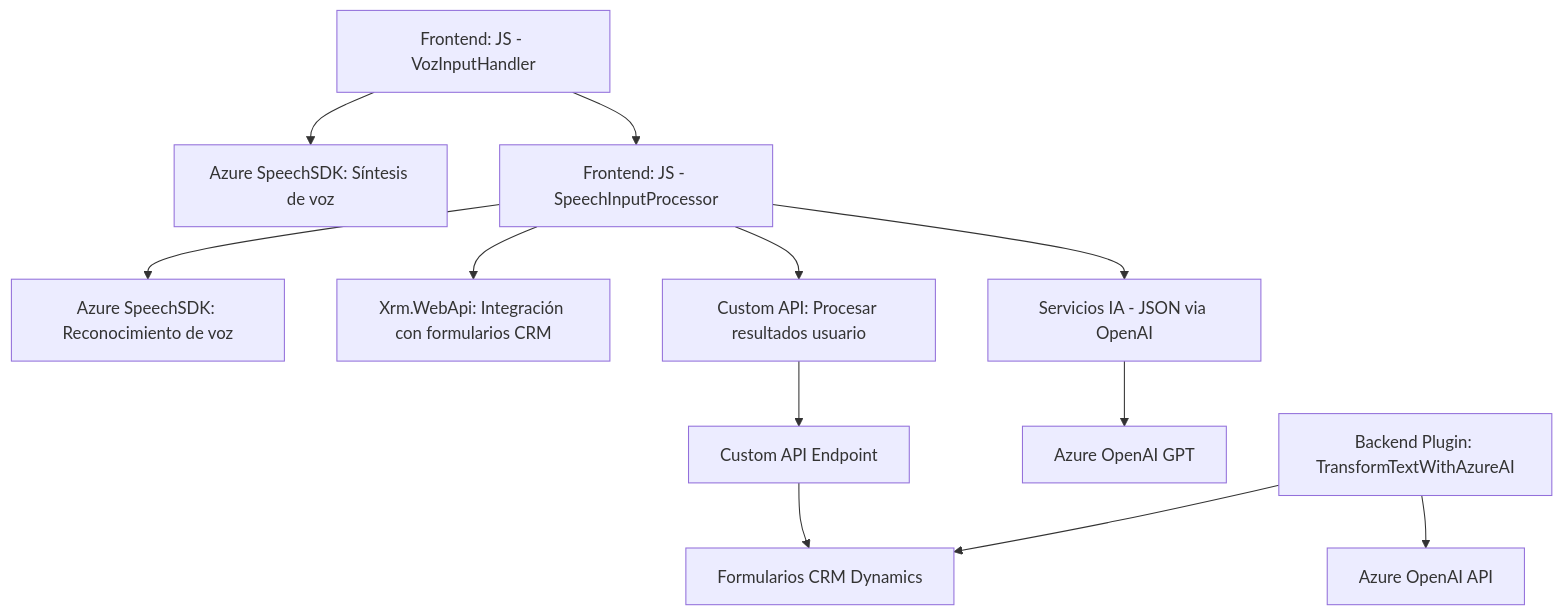
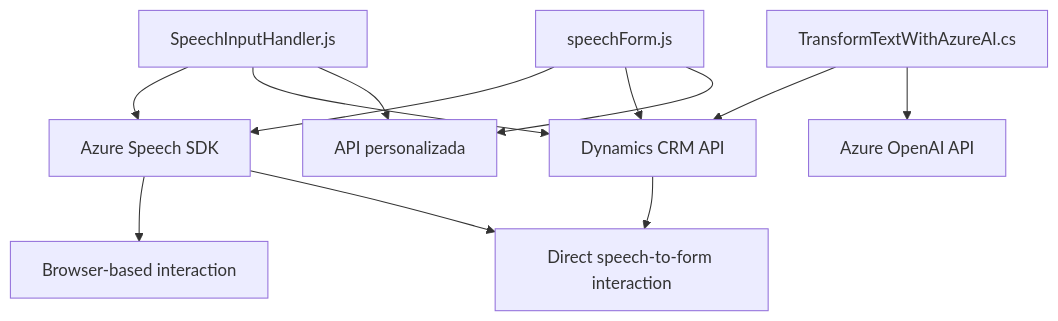
Before and after one commit to blopezdm/NETCORE_BILBAO2025: the diagram in README.md, drawn with Mermaid. The commit also changed other lines of this file, not shown here.

Commit message:
Actualizar análisis global de la solución con IA

````diff
--- a/README.md
+++ b/README.md
@@ -40,14 +46,14 @@
 ```mermaid
 graph TD
-    A["Frontend: JS - VozInputHandler"] --> B["Azure SpeechSDK: Síntesis de voz"]
-    A --> C["Frontend: JS - SpeechInputProcessor"]
-    C --> D["Azure SpeechSDK: Reconocimiento de voz"]
-    C --> E["Xrm.WebApi: Integración con formularios CRM"]
-    C --> F["Custom API: Procesar resultados usuario"]
-    C --> J["Servicios IA - JSON via OpenAI"]
-    F --> G["Custom API Endpoint"]
-    J --> H["Azure OpenAI GPT"]
-    G --> I["Formularios CRM Dynamics"]
-    K["Backend Plugin: TransformTextWithAzureAI"] --> L["Azure OpenAI API"]
-    K --> I
+    SpeechInputHandlerJS["SpeechInputHandler.js"] --> AzureSpeechSDK["Azure Speech SDK"]
+    SpeechInputHandlerJS --> DynamicsAPI["Dynamics CRM API"]
+    SpeechInputHandlerJS --> CustomAPI["API personalizada"]
+    DynamicsFormJS["speechForm.js"] --> AzureSpeechSDK
+    DynamicsFormJS --> DynamicsAPI
+    DynamicsFormJS --> CustomAPI
+    TransformAI["TransformTextWithAzureAI.cs"] --> DynamicsAPI
+    TransformAI --> AzureOpenAI["Azure OpenAI API"]
+    AzureSpeechSDK --> Browser["Browser-based interaction"]
+    DynamicsAPI --> CRM["Microsoft Dynamics CRM"]
+    AzureSpeechSDK --> CRM["Direct speech-to-form interaction"]
 ```
````
